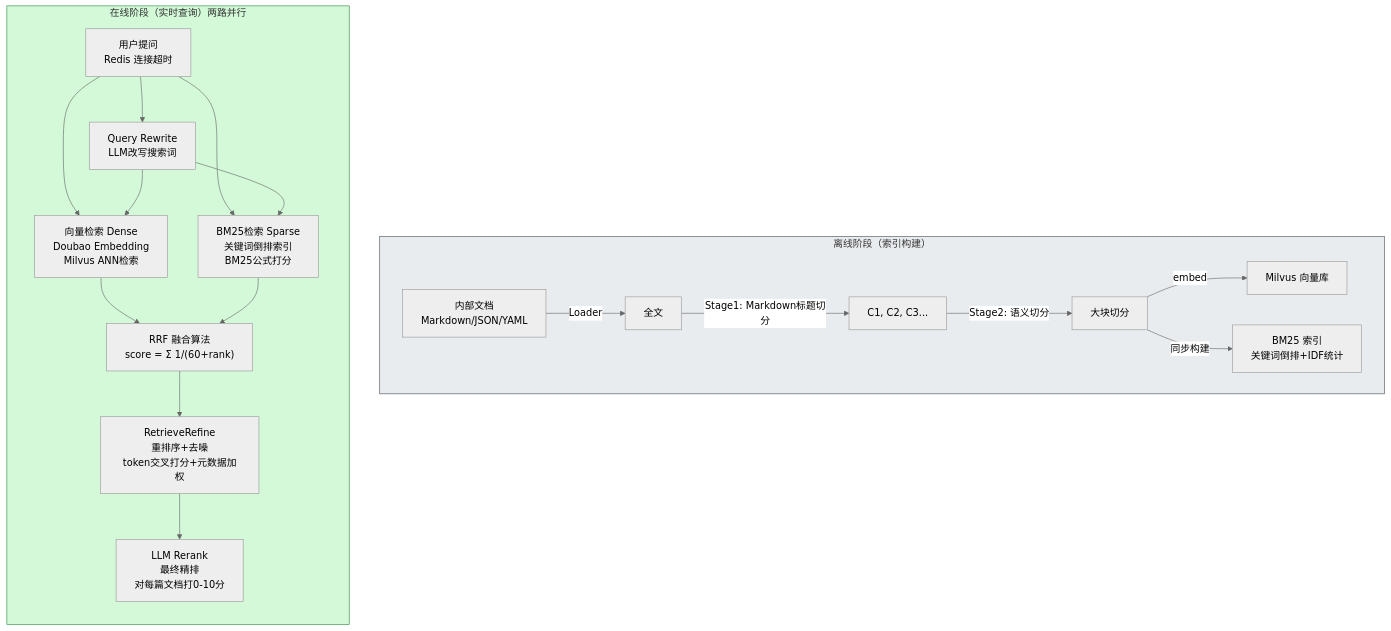
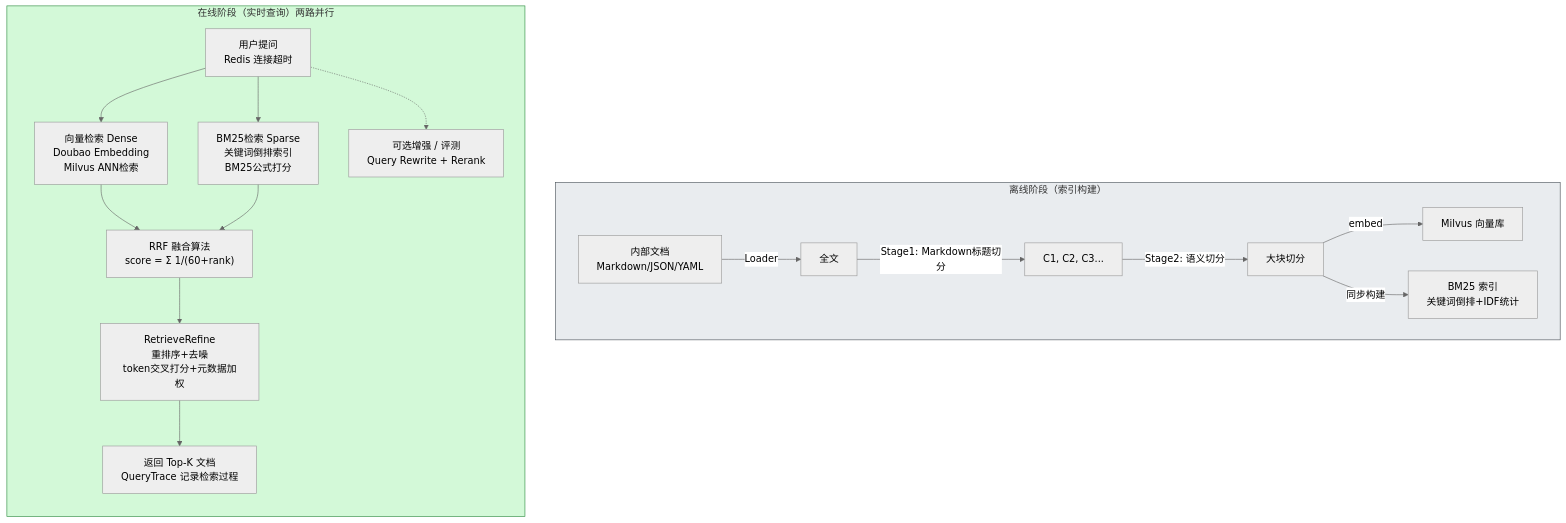
Before and after one commit to ZhangJYe/OpsCaptain: the first of 4 diagrams in Learn/tutorial/04-RAG检索系统.md, drawn with Mermaid (neutral theme). The commit also changed other lines of this file and 10 other files, not shown here.

````diff
--- a/Learn/tutorial/04-RAG检索系统.md
+++ b/Learn/tutorial/04-RAG检索系统.md
@@ -35,30 +35,27 @@
 ```mermaid
 graph TB
     subgraph Offline["离线阶段（索引构建）"]
         direction LR
         Docs["内部文档<br/>Markdown/JSON/YAML"] -->|Loader| FullText["全文"]
         FullText -->|Stage1: Markdown标题切分| C1["C1, C2, C3..."]
         C1 -->|Stage2: 语义切分| BigChunks["大块切分"]
         BigChunks -->|embed| Milvus["Milvus 向量库"]
         BigChunks -->|同步构建| BM25["BM25 索引<br/>关键词倒排+IDF统计"]
     end
     
     subgraph Online["在线阶段（实时查询）两路并行"]
         direction TB
-        Query["用户提问<br/>Redis 连接超时"] --> QR["Query Rewrite<br/>LLM改写搜索词"]
-        Query --> VectorSearch["向量检索 Dense<br/>Doubao Embedding<br/>Milvus ANN检索"]
+        Query["用户提问<br/>Redis 连接超时"] --> VectorSearch["向量检索 Dense<br/>Doubao Embedding<br/>Milvus ANN检索"]
         Query --> BM25Search["BM25检索 Sparse<br/>关键词倒排索引<br/>BM25公式打分"]
-        
-        QR --> VectorSearch
-        QR --> BM25Search
+        Query -.-> Optional["可选增强 / 评测<br/>Query Rewrite + Rerank"]
         
         VectorSearch --> RRF["RRF 融合算法<br/>score = Σ 1/(60+rank)"]
         BM25Search --> RRF
         
         RRF --> Refine["RetrieveRefine<br/>重排序+去噪<br/>token交叉打分+元数据加权"]
-        Refine --> Rerank["LLM Rerank<br/>最终精排<br/>对每篇文档打0-10分"]
+        Refine --> Final["返回 Top-K 文档<br/>QueryTrace 记录检索过程"]
     end
     
     style Offline fill:#e9ecef,stroke:#495057
     style Online fill:#d3f9d8,stroke:#2b8a3e
 ```
````
